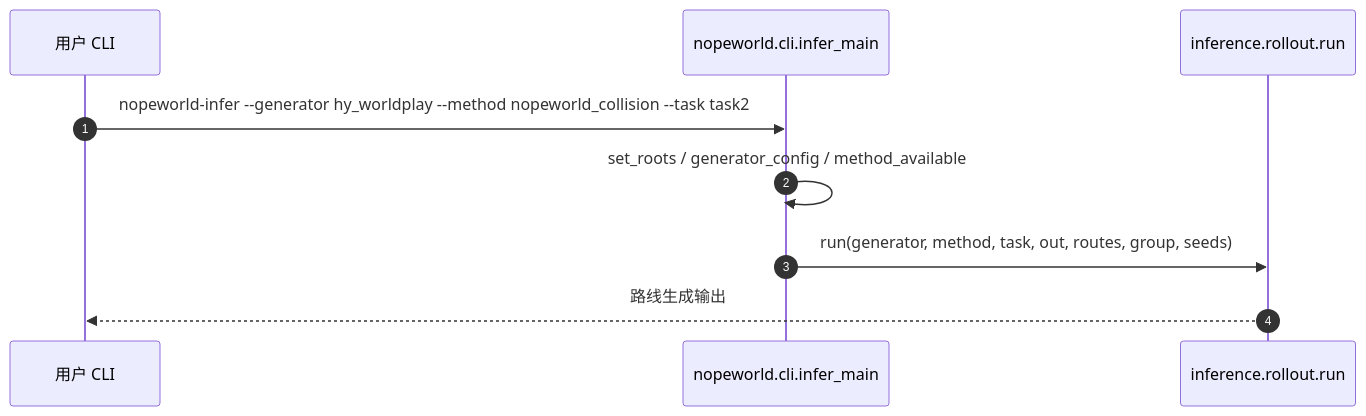
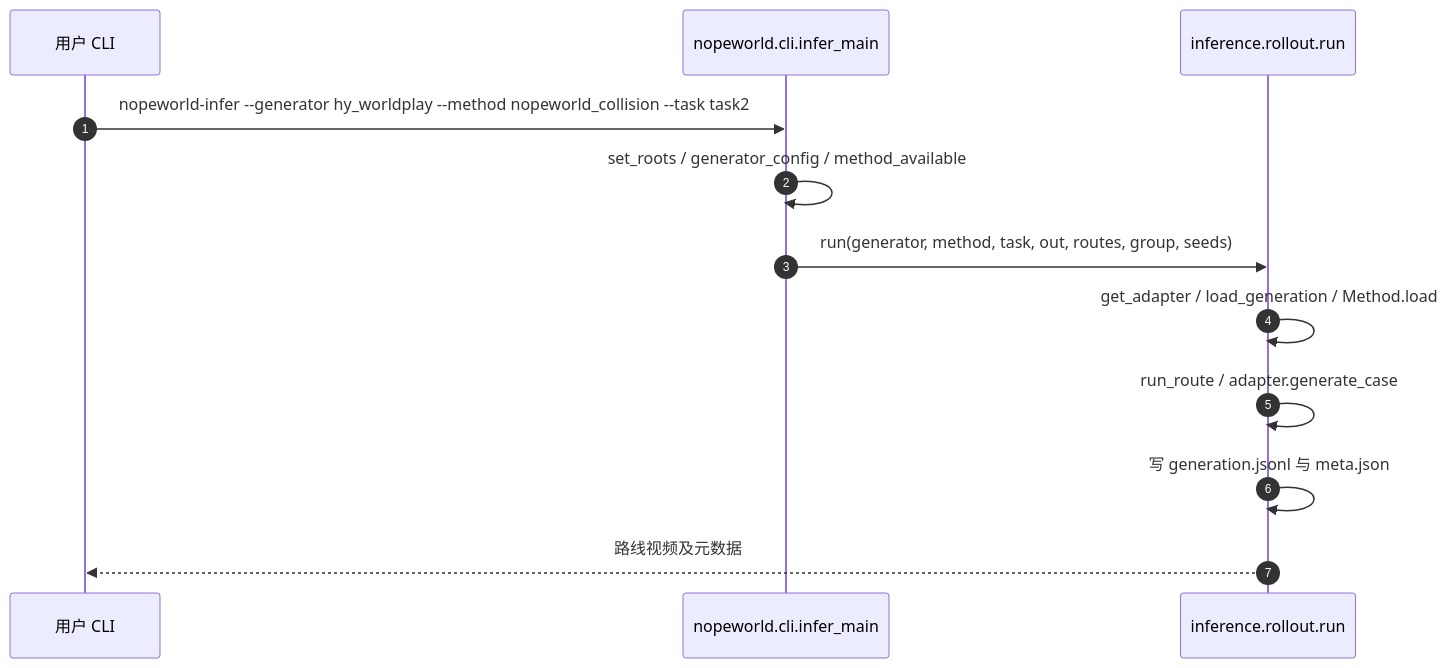
The second of 2 diagrams in wiki/entities/paper-nopeworld.md (ImChong/Robotics_Notebooks), drawn with Mermaid before and after one commit. The commit also changed other lines of this file and 13 other files, not shown here.

````diff
--- a/wiki/entities/paper-nopeworld.md
+++ b/wiki/entities/paper-nopeworld.md
@@ -76,11 +81,14 @@
 ```mermaid
 sequenceDiagram
     autonumber
     participant U as 用户 CLI
     participant C as nopeworld.cli.infer_main
     participant R as inference.rollout.run
     U->>C: nopeworld-infer --generator hy_worldplay --method nopeworld_collision --task task2
     C->>C: set_roots / generator_config / method_available
     C->>R: run(generator, method, task, out, routes, group, seeds)
-    R-->>U: 路线生成输出
+    R->>R: get_adapter / load_generation / Method.load
+    R->>R: run_route / adapter.generate_case
+    R->>R: 写 generation.jsonl 与 meta.json
+    R-->>U: 路线视频及元数据
 ```
````
